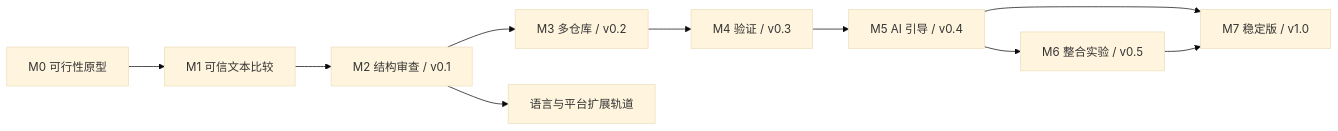
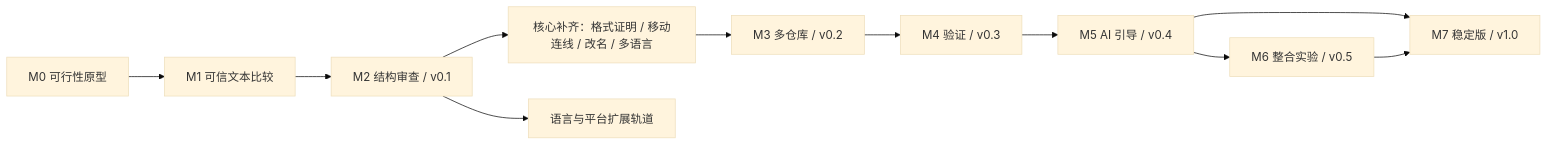
The diagram in docs/roadmap.md (yourtion/diffkin), drawn with Mermaid (base theme) before and after one commit. The commit also changed other lines of this file and 34 other files, not shown here.

````diff
--- a/docs/roadmap.md
+++ b/docs/roadmap.md
@@ -9,12 +9,13 @@
 ```mermaid
 flowchart LR
     M0["M0 可行性原型"] --> M1["M1 可信文本比较"]
     M1 --> M2["M2 结构审查 / v0.1"]
-    M2 --> M3["M3 多仓库 / v0.2"]
+    M2 --> CORE["核心补齐：格式证明 / 移动连线 / 改名 / 多语言"]
+    CORE --> M3["M3 多仓库 / v0.2"]
     M3 --> M4["M4 验证 / v0.3"]
     M4 --> M5["M5 AI 引导 / v0.4"]
     M5 --> M6["M6 整合实验 / v0.5"]
     M5 --> M7["M7 稳定版 / v1.0"]
     M6 --> M7
     M2 --> E["语言与平台扩展轨道"]
 ```
````
